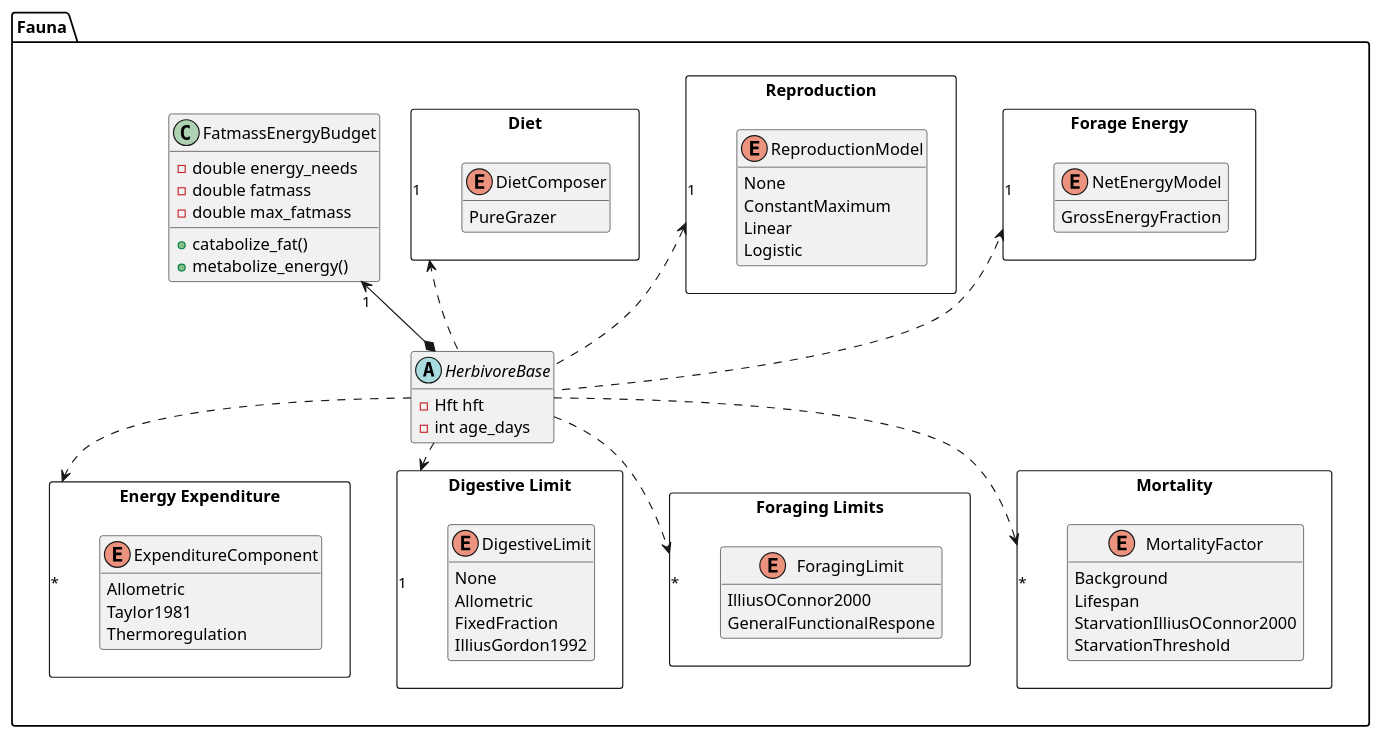
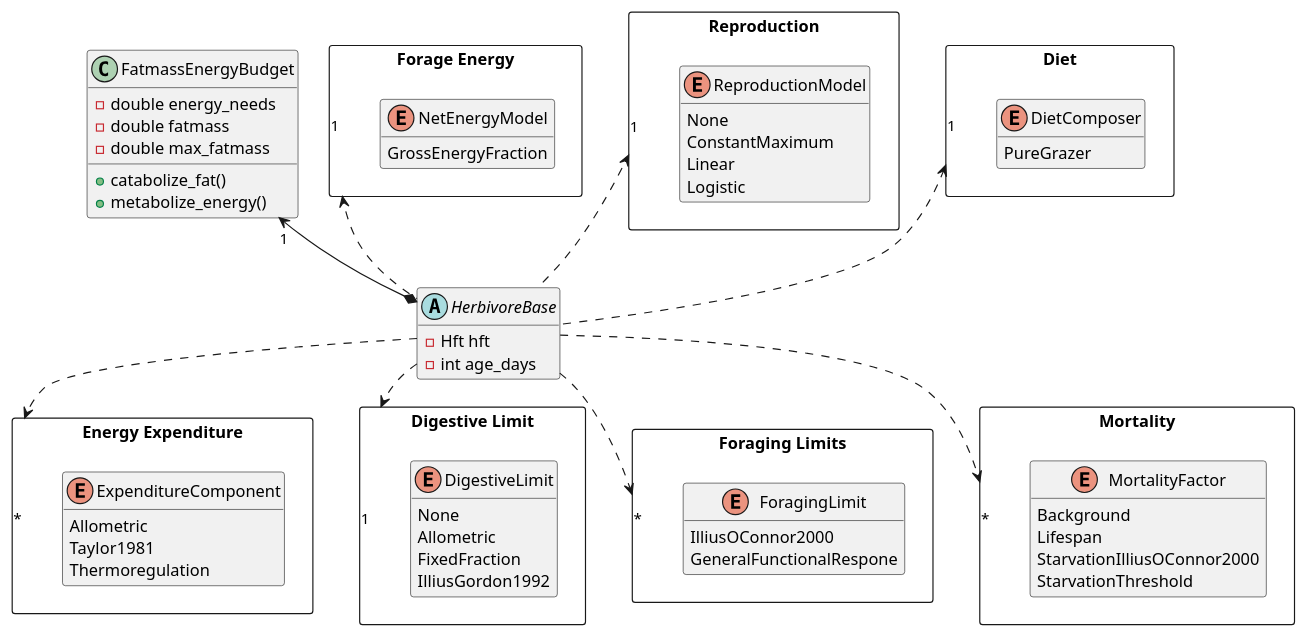
Before and after one commit to wtraylor/modular_megafauna_model: the sixth of 13 diagrams in docs/diagrams.iuml, drawn with PlantUML.

Commit message:
Remove Fauna namespace from herbivore compartments
It throws an error with the newer PlantUML version (1.2021.15).

```diff
--- a/docs/diagrams.iuml
+++ b/docs/diagrams.iuml
@@ -115,72 +115,70 @@
 @startuml (id=herbivorebase_compartments)
   hide methods
-  namespace Fauna{
   abstract HerbivoreBase{
     -Hft hft
     -int age_days
   }
   class FatmassEnergyBudget{
     +catabolize_fat()
     +metabolize_energy()
     -double energy_needs
     -double fatmass
     -double max_fatmass
   }
   show FatmassEnergyBudget methods
   HerbivoreBase *-up-> "1" FatmassEnergyBudget
   package "Forage Energy" <<rectangle>> {
     enum NetEnergyModel{
       GrossEnergyFraction
     }
   }
   HerbivoreBase .up.> "1" "Forage Energy"
   package "Reproduction" <<rectangle>> {
     enum ReproductionModel{
       None
       ConstantMaximum
       Linear
       Logistic
     }
   }
   HerbivoreBase .up.> "1" "Reproduction"
   package "Diet" <<rectangle>> {
     enum DietComposer{
       PureGrazer
     }
   }
   HerbivoreBase  .up.> "1" "Diet"
   package "Energy Expenditure" <<rectangle>>  {
     enum ExpenditureComponent{
       Allometric
       Taylor1981
       Thermoregulation
     }
   }
   HerbivoreBase  ..> "*" "Energy Expenditure"
     package "Digestive Limit" <<rectangle>>  {
     enum DigestiveLimit{
       None
       Allometric
       FixedFraction
       IlliusGordon1992
     }
   }
   HerbivoreBase  ..> "1" "Digestive Limit"
   package "Foraging Limits" <<rectangle>>  {
     enum ForagingLimit{
       IlliusOConnor2000
       GeneralFunctionalRespone
     }
   }
   HerbivoreBase  ..> "*" "Foraging Limits"
   package "Mortality" <<rectangle>> {
     enum MortalityFactor{
       Background
       Lifespan
       StarvationIlliusOConnor2000
       StarvationThreshold
     }
   }
   HerbivoreBase ..> "*" "Mortality"
-  }
 @enduml
```
